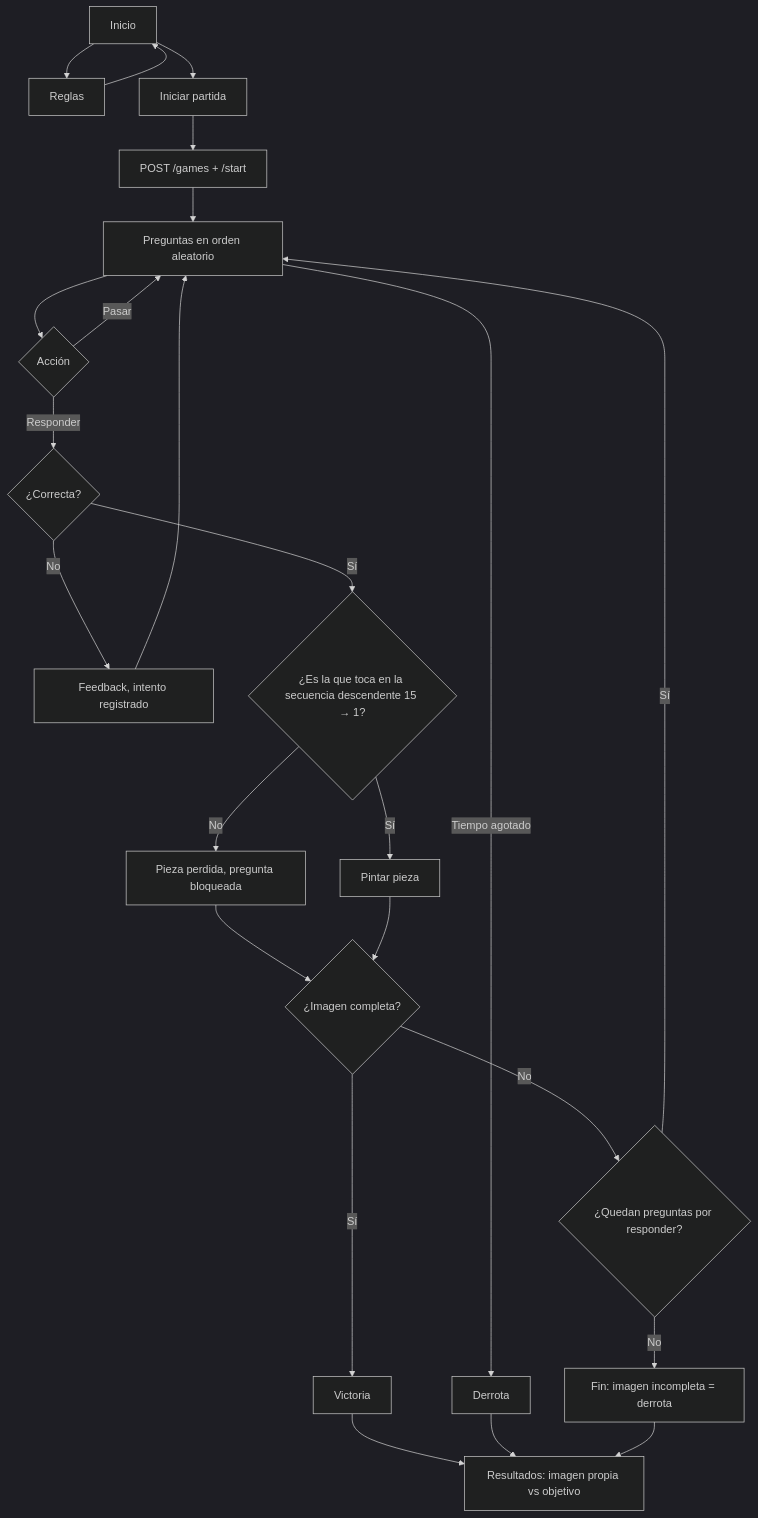
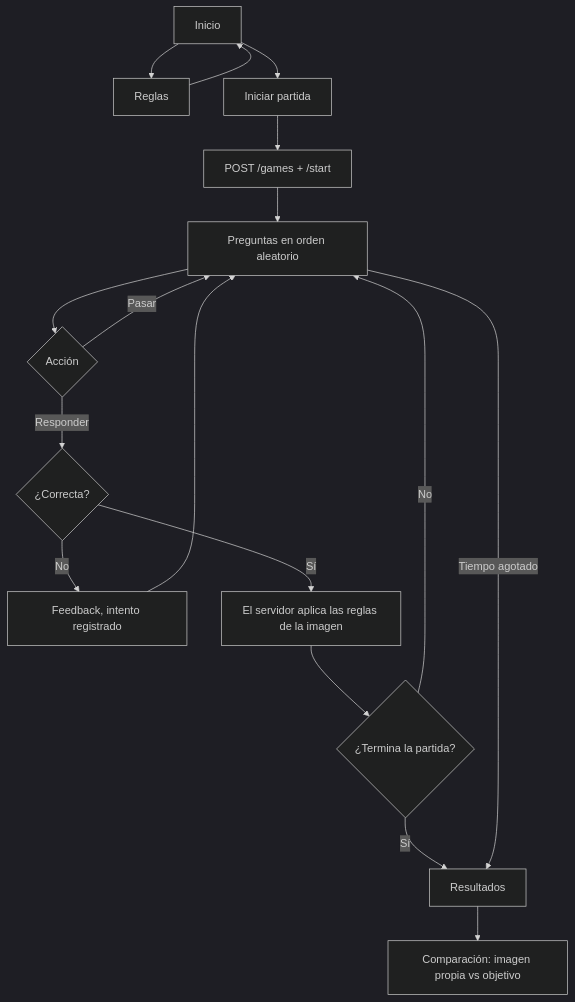
The diagram in docs/game-flow.md (davidarce0109-sketch/logic_paint), drawn with Mermaid (dark theme) before and after one commit. The commit also changed other lines of this file and 3 other files, not shown here.

````diff
--- a/docs/game-flow.md
+++ b/docs/game-flow.md
@@ -3,23 +3,18 @@
 ```mermaid
 flowchart TD
   A[Inicio] --> B[Reglas]
   A --> C[Iniciar partida]
   B --> A
   C --> D[POST /games + /start]
   D --> E[Preguntas en orden aleatorio]
   E --> F{Acción}
   F -->|Responder| G{¿Correcta?}
   F -->|Pasar| E
   G -->|No| H[Feedback, intento registrado] --> E
-  G -->|Sí| I{¿Es la que toca en la secuencia descendente 15 → 1?}
-  I -->|No| J[Pieza perdida, pregunta bloqueada] --> L
-  I -->|Sí| K[Pintar pieza] --> L{¿Imagen completa?}
-  L -->|Sí| M[Victoria]
-  L -->|No| P{¿Quedan preguntas por responder?}
-  P -->|Sí| E
-  P -->|No| Q[Fin: imagen incompleta = derrota]
-  E -->|Tiempo agotado| N[Derrota]
-  M --> O[Resultados: imagen propia vs objetivo]
-  N --> O
-  Q --> O
+  G -->|Sí| I[El servidor aplica las reglas de la imagen]
+  I --> L{¿Termina la partida?}
+  L -->|No| E
+  L -->|Sí| O[Resultados]
+  E -->|Tiempo agotado| O
+  O --> R[Comparación: imagen propia vs objetivo]
 ```
````
